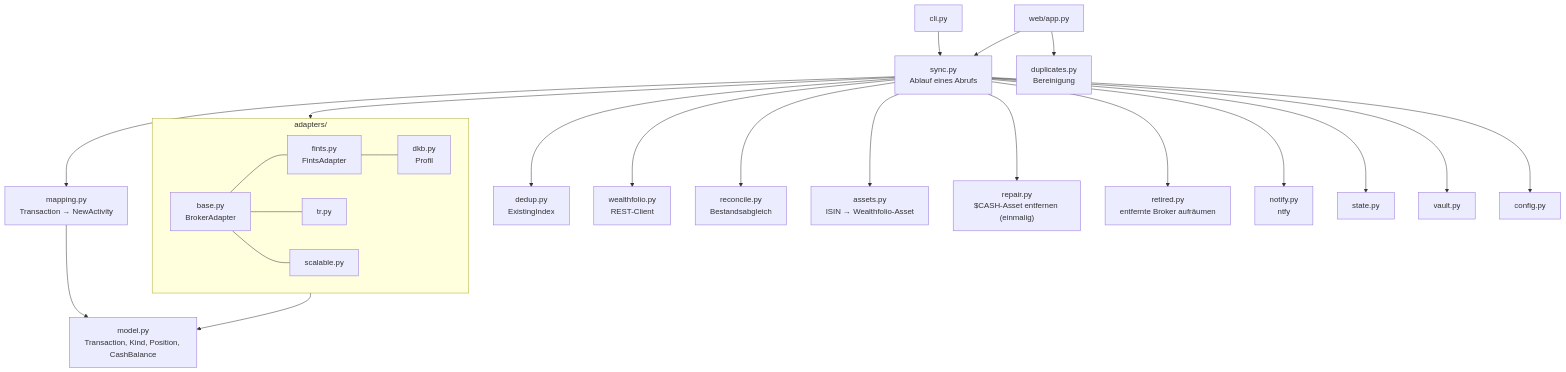
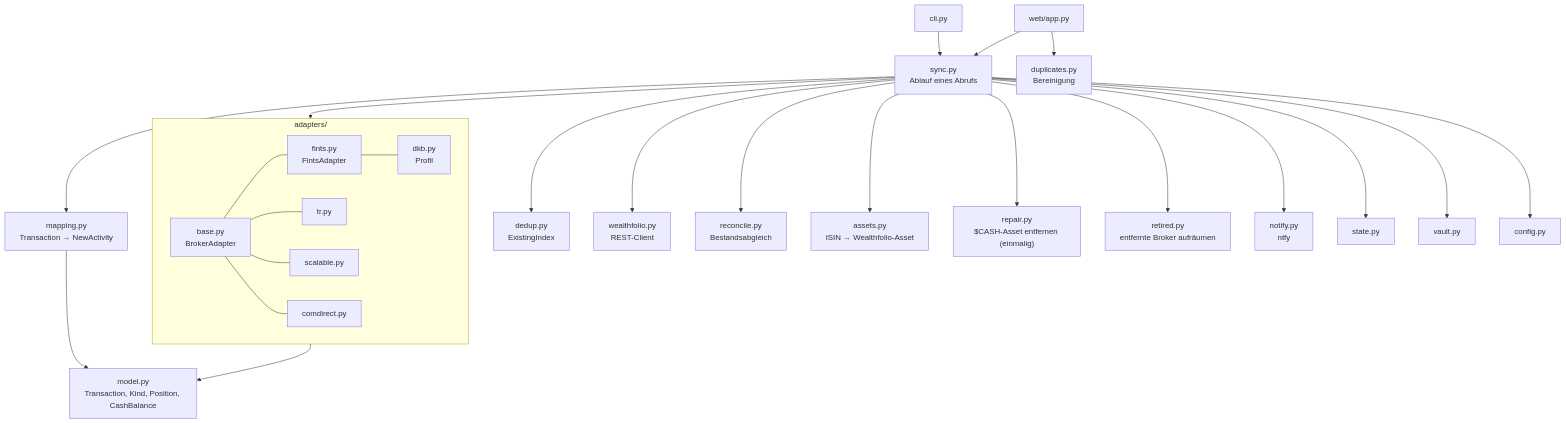
The second of 3 diagrams in ARCHITECTURE.md (waldonso2/Wealthfolio-broker-sync-service), drawn with Mermaid before and after one commit. The commit also changed other lines of this file and 12 other files, not shown here.

````diff
--- a/ARCHITECTURE.md
+++ b/ARCHITECTURE.md
@@ -40,22 +42,22 @@
 ```mermaid
 flowchart TB
   cli["cli.py"] --> sync
   web["web/app.py"] --> sync
   sync["sync.py<br/>Ablauf eines Abrufs"] --> adapters
   sync --> mapping["mapping.py<br/>Transaction → NewActivity"]
   sync --> dedup["dedup.py<br/>ExistingIndex"]
   sync --> wf["wealthfolio.py<br/>REST-Client"]
   sync --> reconcile["reconcile.py<br/>Bestandsabgleich"]
   sync --> assets["assets.py<br/>ISIN → Wealthfolio-Asset"]
   sync --> repair["repair.py<br/>$CASH-Asset entfernen (einmalig)"]
   sync --> retired["retired.py<br/>entfernte Broker aufräumen"]
   sync --> notify["notify.py<br/>ntfy"]
   sync --> state["state.py"] & vault["vault.py"] & config["config.py"]
   web --> duplicates["duplicates.py<br/>Bereinigung"]
   subgraph adapters["adapters/"]
-    base["base.py<br/>BrokerAdapter"] --- fints["fints.py<br/>FintsAdapter"] & tr["tr.py"] & scalable["scalable.py"]
+    base["base.py<br/>BrokerAdapter"] --- fints["fints.py<br/>FintsAdapter"] & tr["tr.py"] & scalable["scalable.py"] & comdirect["comdirect.py"]
     fints --- dkb["dkb.py<br/>Profil"]
   end
   adapters --> model["model.py<br/>Transaction, Kind, Position, CashBalance"]
   mapping --> model
 ```
````
